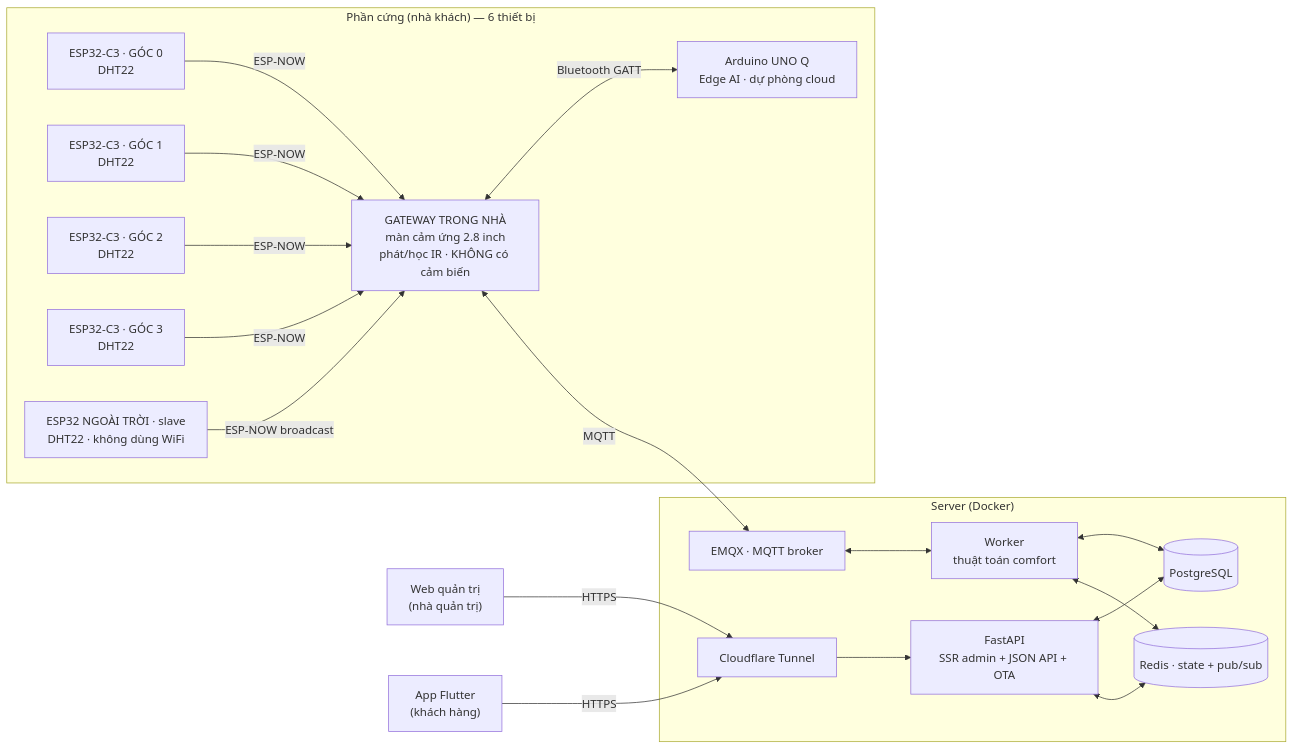
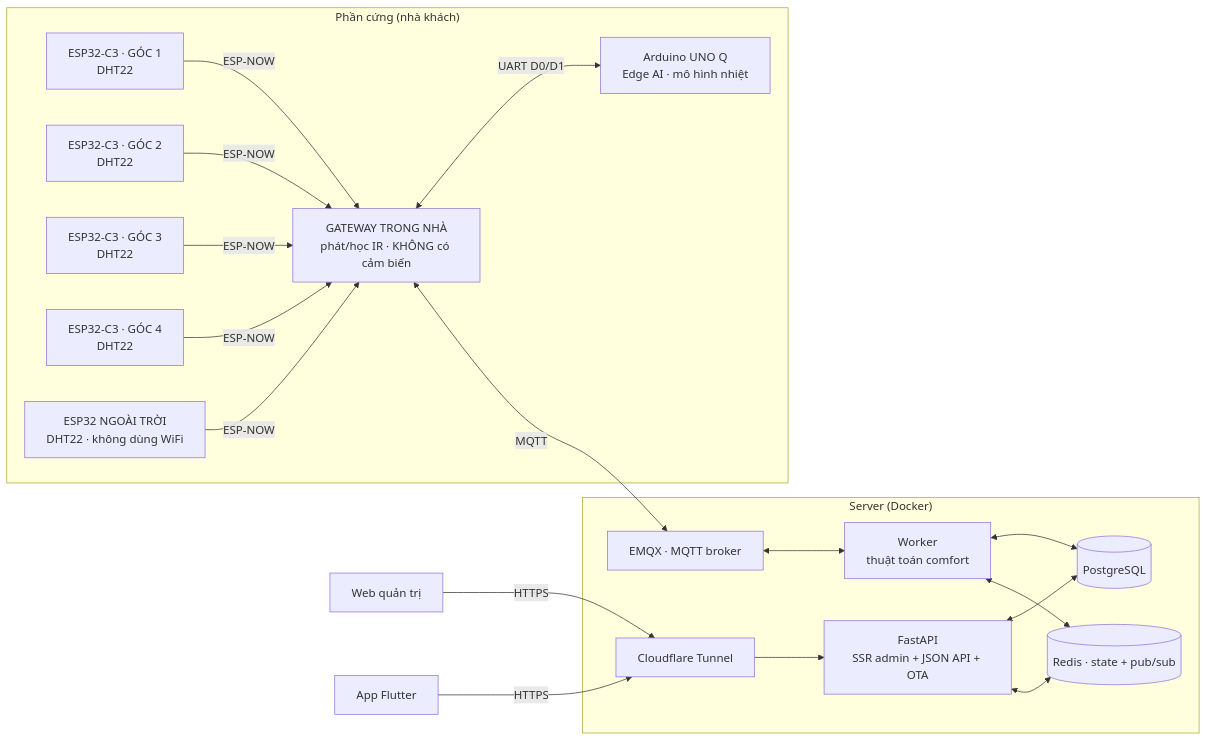
One commit to 52Ducst25/BREEZELINK changed the diagram in README.md. Above: the diagram before and after it, drawn with Mermaid. The commit also changed other lines of this file and 1 other file, not shown here.

````diff
--- a/README.md
+++ b/README.md
@@ -94,38 +89,38 @@
 ```mermaid
 flowchart LR
-  subgraph Edge["Phần cứng (nhà khách) — 6 thiết bị"]
-    R0["ESP32-C3 · GÓC 0<br/>DHT22"]
-    R1["ESP32-C3 · GÓC 1<br/>DHT22"]
-    R2["ESP32-C3 · GÓC 2<br/>DHT22"]
-    R3["ESP32-C3 · GÓC 3<br/>DHT22"]
-    OUT["ESP32 NGOÀI TRỜI · slave<br/>DHT22 · không dùng WiFi"]
-    ESP["GATEWAY TRONG NHÀ<br/>màn cảm ứng 2.8 inch<br/>phát/học IR · KHÔNG có cảm biến"]
-    UNOQ["Arduino UNO Q<br/>Edge AI · dự phòng cloud"]
+  subgraph Edge["Phần cứng (nhà khách)"]
+    R0["ESP32-C3 · GÓC 1<br/>DHT22"]
+    R1["ESP32-C3 · GÓC 2<br/>DHT22"]
+    R2["ESP32-C3 · GÓC 3<br/>DHT22"]
+    R3["ESP32-C3 · GÓC 4<br/>DHT22"]
+    OUT["ESP32 NGOÀI TRỜI<br/>DHT22 · không dùng WiFi"]
+    ESP["GATEWAY TRONG NHÀ<br/>phát/học IR · KHÔNG có cảm biến"]
+    UNOQ["Arduino UNO Q<br/>Edge AI · mô hình nhiệt"]
     R0 -->|ESP-NOW| ESP
     R1 -->|ESP-NOW| ESP
     R2 -->|ESP-NOW| ESP
     R3 -->|ESP-NOW| ESP
-    OUT -->|ESP-NOW broadcast| ESP
-    ESP <-->|Bluetooth GATT| UNOQ
+    OUT -->|ESP-NOW| ESP
+    ESP <-->|UART D0/D1| UNOQ
   end
 
   subgraph Cloud["Server (Docker)"]
     MQTT["EMQX · MQTT broker"]
     API["FastAPI<br/>SSR admin + JSON API + OTA"]
     WK["Worker<br/>thuật toán comfort"]
     PG[("PostgreSQL")]
     RD[("Redis · state + pub/sub")]
     CF["Cloudflare Tunnel"]
   end
 
   ESP <-->|MQTT| MQTT
   MQTT <--> WK
   WK <--> PG
   WK <--> RD
   API <--> PG
   API <--> RD
   CF --> API
 
-  WEB["Web quản trị<br/>(nhà quản trị)"] -->|HTTPS| CF
-  APP["App Flutter<br/>(khách hàng)"] -->|HTTPS| CF
+  WEB["Web quản trị"] -->|HTTPS| CF
+  APP["App Flutter"] -->|HTTPS| CF
 ```
````
